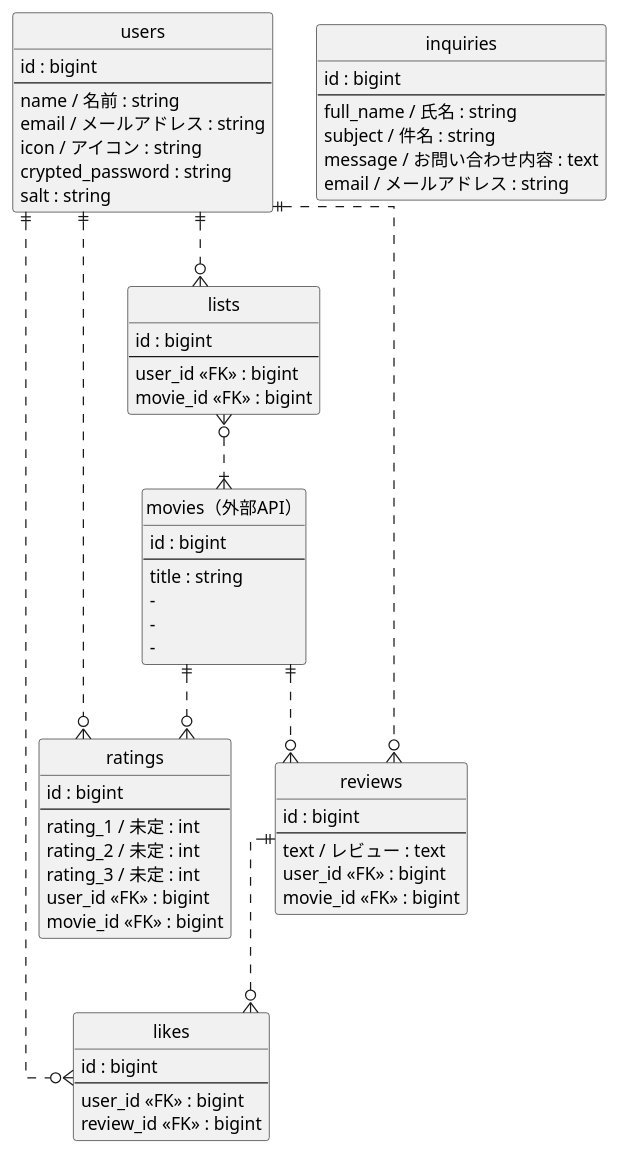
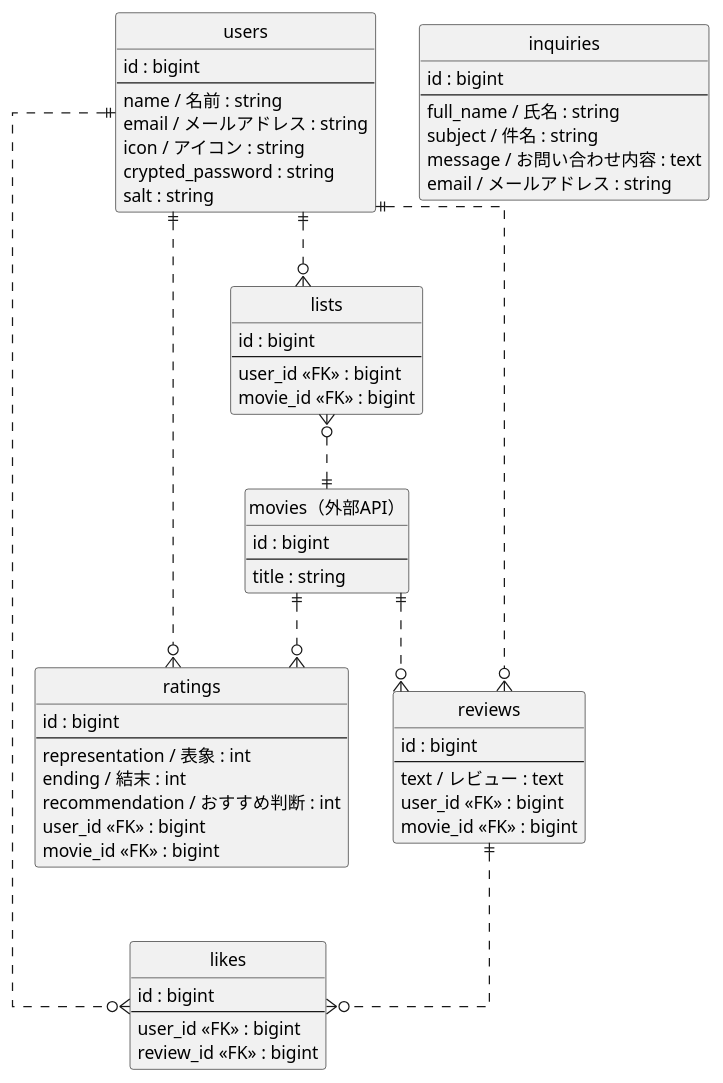
Before and after one commit to shun-44/film_rating: the diagram in ER.pu, drawn with PlantUML.

Commit message:
docs: ER図修正

```diff
--- a/ER.pu
+++ b/ER.pu
@@ -1,78 +1,75 @@
 @startuml
 
 ' hide the spot
 hide circle
 
 ' avoid problems with angled crows feet
 skinparam linetype ortho
 
 entity "users" as users {
   id : bigint
   --
   name / 名前 : string
   email / メールアドレス : string
   icon / アイコン : string
   crypted_password : string
   salt : string
 }
 
 entity "ratings" as ratings {
   id : bigint
   --
-  rating_1 / 未定 : int
-  rating_2 / 未定 : int
-  rating_3 / 未定 : int
+  representation / 表象 : int
+  ending / 結末 : int
+  recommendation / おすすめ判断 : int
   user_id <<FK>> : bigint
   movie_id <<FK>> : bigint
 }
 
 entity "reviews" as reviews {
   id : bigint
   --
   text / レビュー : text
   user_id <<FK>> : bigint
   movie_id <<FK>> : bigint
 }
 
 entity "likes" as likes {
   id : bigint
   --
   user_id <<FK>> : bigint
   review_id <<FK>> : bigint
 }
 
 entity "lists" as lists {
   id : bigint
   --
   user_id <<FK>> : bigint
   movie_id <<FK>> : bigint
 }
 
 entity "inquiries" as inquiries {
   id : bigint
   --
   full_name / 氏名 : string
   subject / 件名 : string
   message / お問い合わせ内容 : text
   email / メールアドレス : string
 }
 
 entity "movies（外部API）" as movies {
   id : bigint
   --
   title : string
-  -
-  -
-  -
 }
 
 users ||..o{ ratings
 users ||..o{ reviews
 users ||..o{ likes
 users ||..o{ lists
-reviews ||..o{ likes
 movies ||..o{ ratings
 movies ||..o{ reviews
-lists }o..|{ movies
+lists }o..|| movies
+reviews ||..o{ likes
 
 @enduml
```
